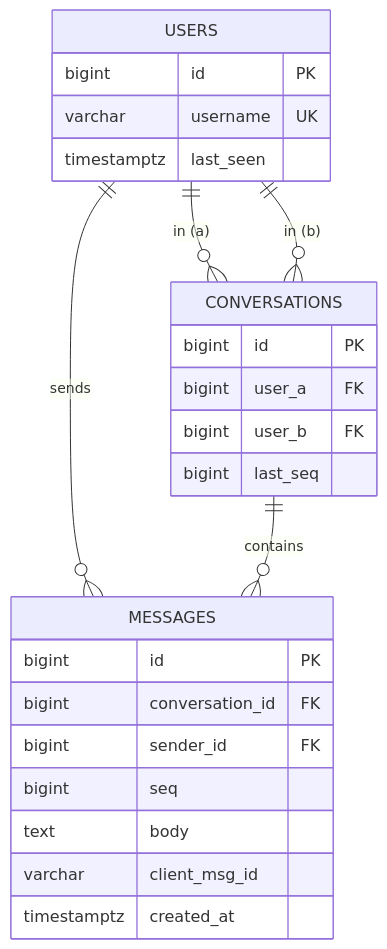
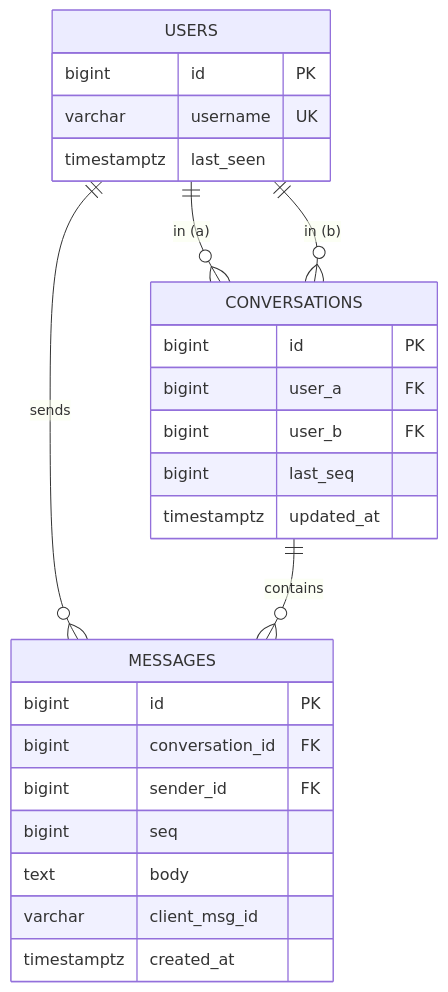
One commit to psquared-dev/java-questions changed the first of 4 diagrams in system-design/new/04. whatsapp.md. Above: the diagram before and after it, drawn with Mermaid. The commit also changed other lines of this file, not shown here.

````diff
--- a/system-design/new/04. whatsapp.md
+++ b/system-design/new/04. whatsapp.md
@@ -102,28 +102,29 @@
 ```mermaid
 erDiagram
     USERS ||--o{ CONVERSATIONS: "in (a)"
     USERS ||--o{ CONVERSATIONS: "in (b)"
     USERS ||--o{ MESSAGES: sends
     CONVERSATIONS ||--o{ MESSAGES: contains
 
     USERS {
         bigint id PK
         varchar username UK
         timestamptz last_seen
     }
     CONVERSATIONS {
         bigint id PK
         bigint user_a FK
         bigint user_b FK
         bigint last_seq
+        timestamptz updated_at
     }
     MESSAGES {
         bigint id PK
         bigint conversation_id FK
         bigint sender_id FK
         bigint seq
         text body
         varchar client_msg_id
         timestamptz created_at
     }
 ```
````
